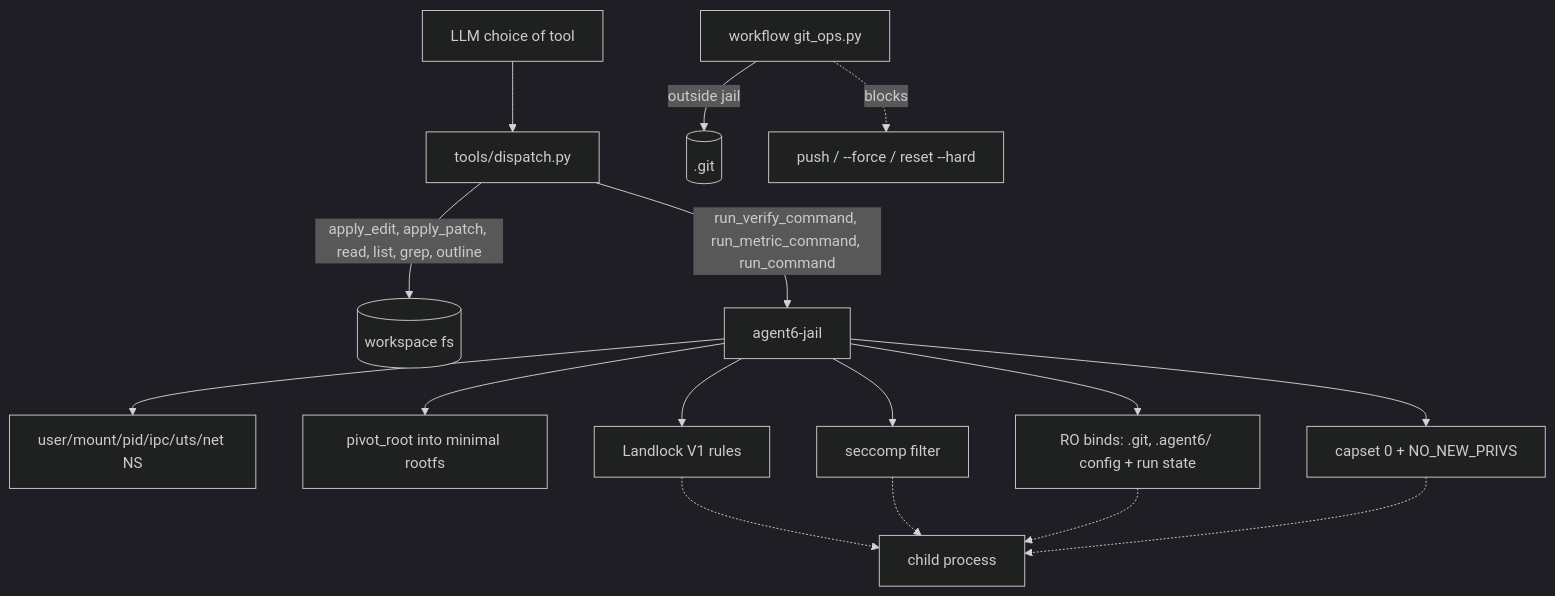
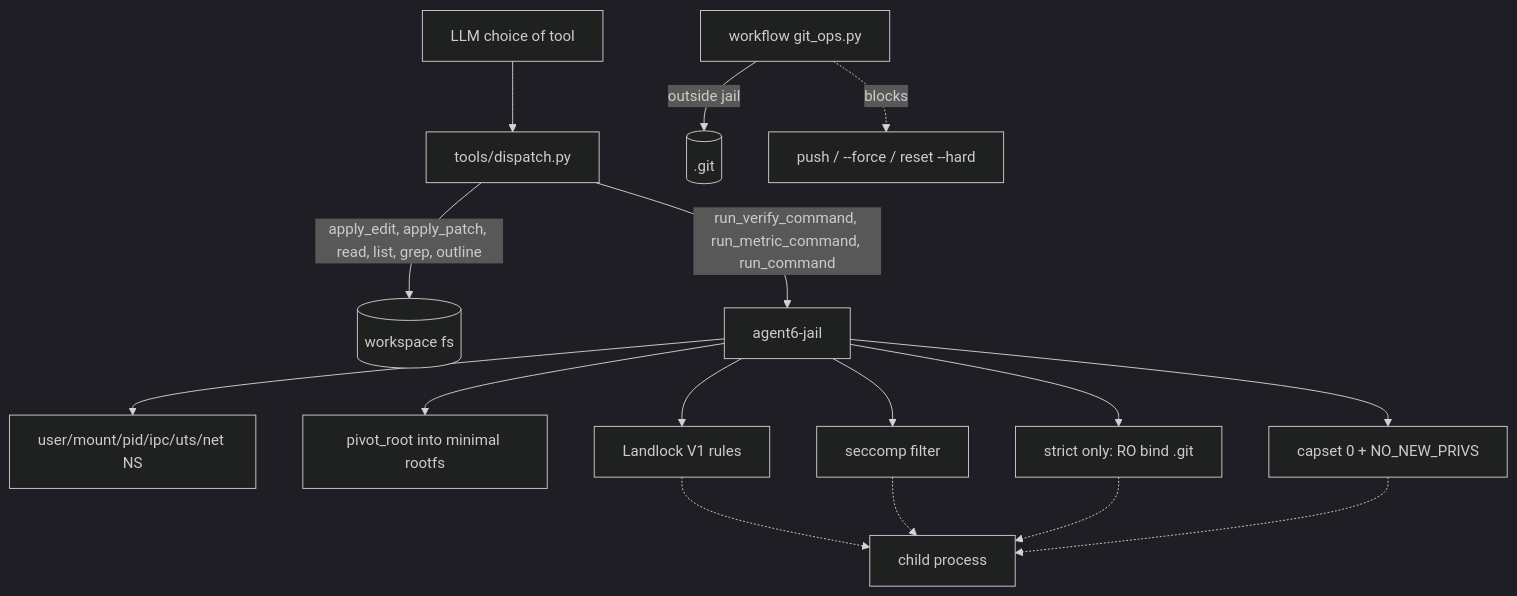
Before and after one commit to agent6-dev/agent6: the third of 4 diagrams in ARCHITECTURE.md, drawn with Mermaid (dark theme). The commit also changed other lines of this file and 64 other files, not shown here.

First line of the commit message:
feat(state): move per-repo config and run state out of the workspace

````diff
--- a/ARCHITECTURE.md
+++ b/ARCHITECTURE.md
@@ -111,18 +114,18 @@
 ```mermaid
 flowchart TD
     LLM[LLM choice of tool] --> Tools[tools/dispatch.py]
     Tools -->|apply_edit, apply_patch, read, list, grep, outline| FS[(workspace fs)]
     Tools -->|run_verify_command, run_metric_command, run_command| Jail[agent6-jail]
     Jail --> NS[user/mount/pid/ipc/uts/net NS]
     Jail --> Pivot[pivot_root into minimal rootfs]
-    Jail --> ROBinds[RO binds: .git, .agent6/ config + run state]
+    Jail --> ROBinds[strict only: RO bind .git]
     Jail --> Land[Landlock V1 rules]
     Jail --> Sec[seccomp filter]
     Jail --> Caps[capset 0 + NO_NEW_PRIVS]
     Land -.-> Child[child process]
     Sec -.-> Child
     ROBinds -.-> Child
     Caps -.-> Child
     Workflow[workflow git_ops.py] -->|outside jail| Git[(.git)]
     Workflow -. blocks .-> Push[push / --force / reset --hard]
 ```
````
